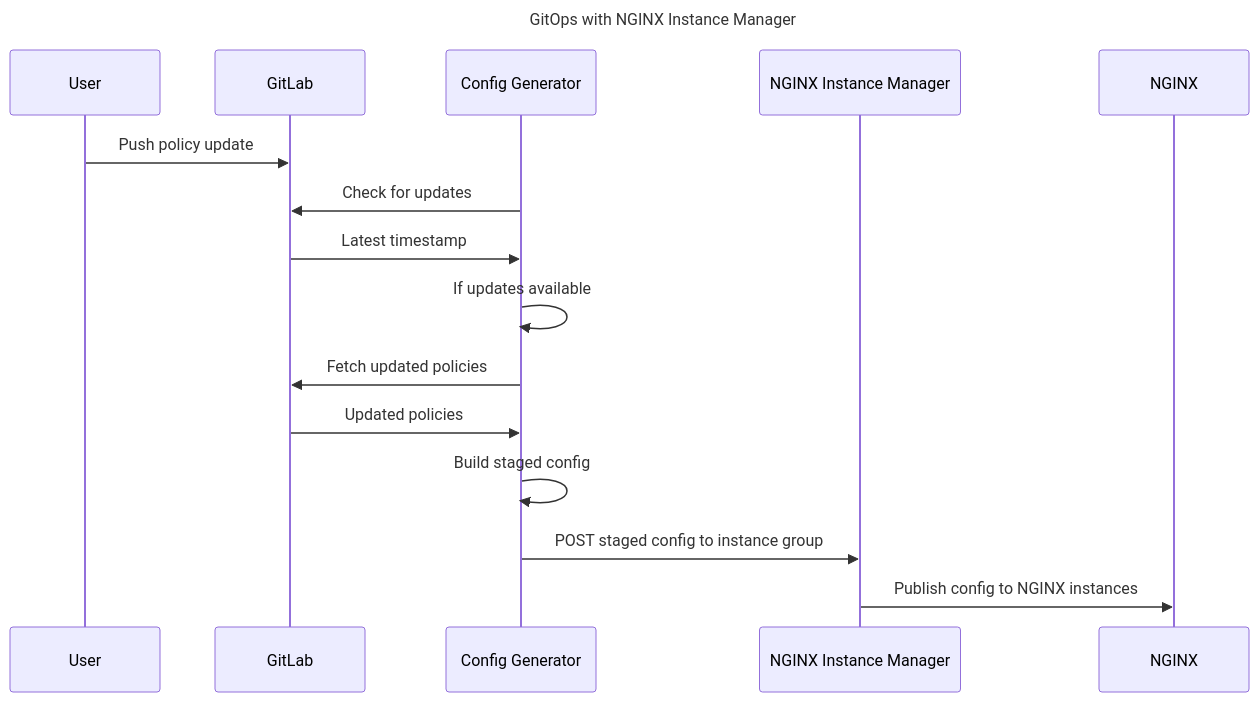
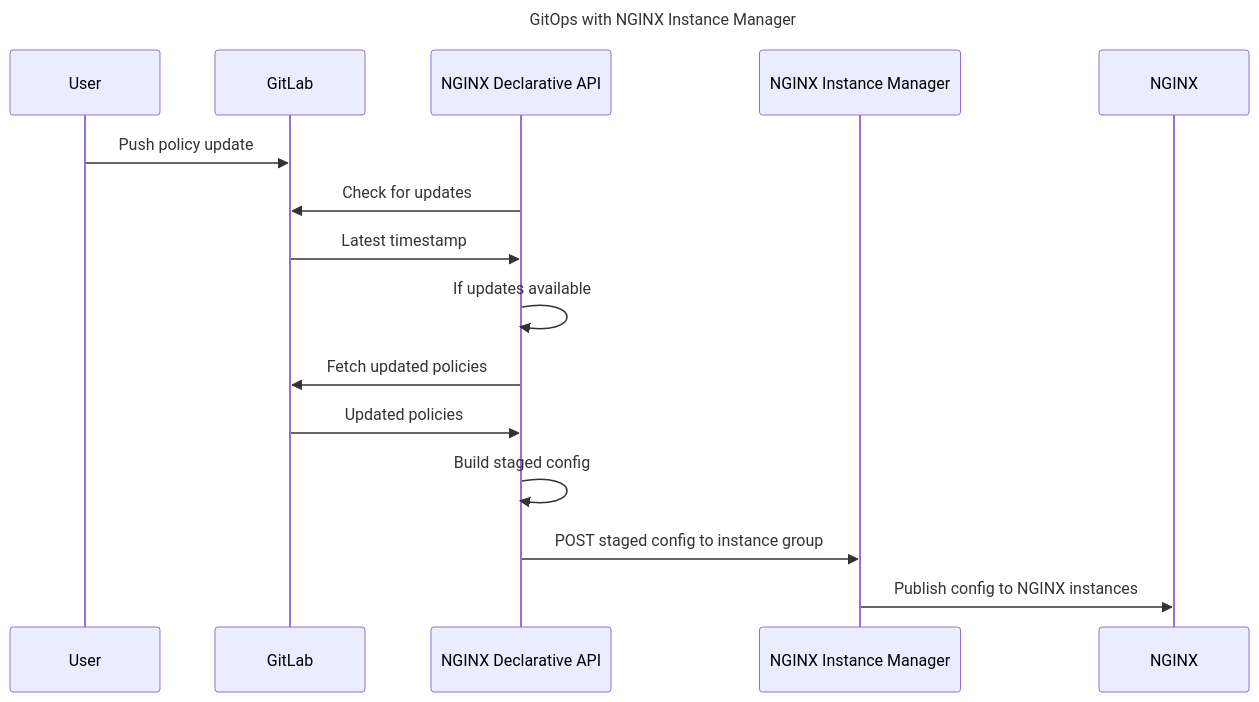
One commit to f5devcentral/NGINX-Declarative-API changed the second of 2 diagrams in README.md. Above: the diagram before and after it, drawn with Mermaid. The commit also changed other lines of this file, not shown here.

Commit message:
README updated

````diff
--- a/README.md
+++ b/README.md
@@ -32,18 +32,18 @@
 ```mermaid
 sequenceDiagram
 
 title GitOps with NGINX Instance Manager
 
 User ->> GitLab: Push policy update
-Config Generator ->> GitLab: Check for updates
-GitLab ->> Config Generator: Latest timestamp
+NGINX Declarative API ->> GitLab: Check for updates
+GitLab ->> NGINX Declarative API: Latest timestamp
 
-Config Generator->> Config Generator: If updates available
-Config Generator->> GitLab: Fetch updated policies
-GitLab ->> Config Generator : Updated policies
+NGINX Declarative API->> NGINX Declarative API: If updates available
+NGINX Declarative API->> GitLab: Fetch updated policies
+GitLab ->> NGINX Declarative API : Updated policies
 
-Config Generator->> Config Generator: Build staged config
-Config Generator->> NGINX Instance Manager: POST staged config to instance group
+NGINX Declarative API->> NGINX Declarative API: Build staged config
+NGINX Declarative API->> NGINX Instance Manager: POST staged config to instance group
 
 NGINX Instance Manager ->> NGINX: Publish config to NGINX instances
 ```
````
